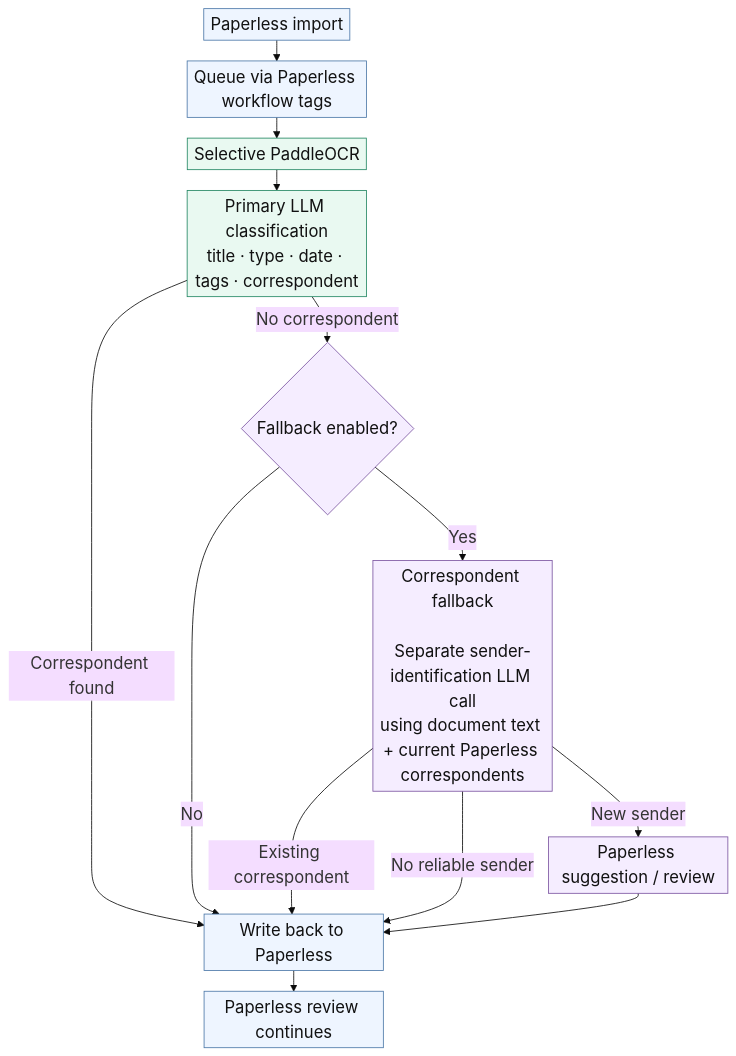
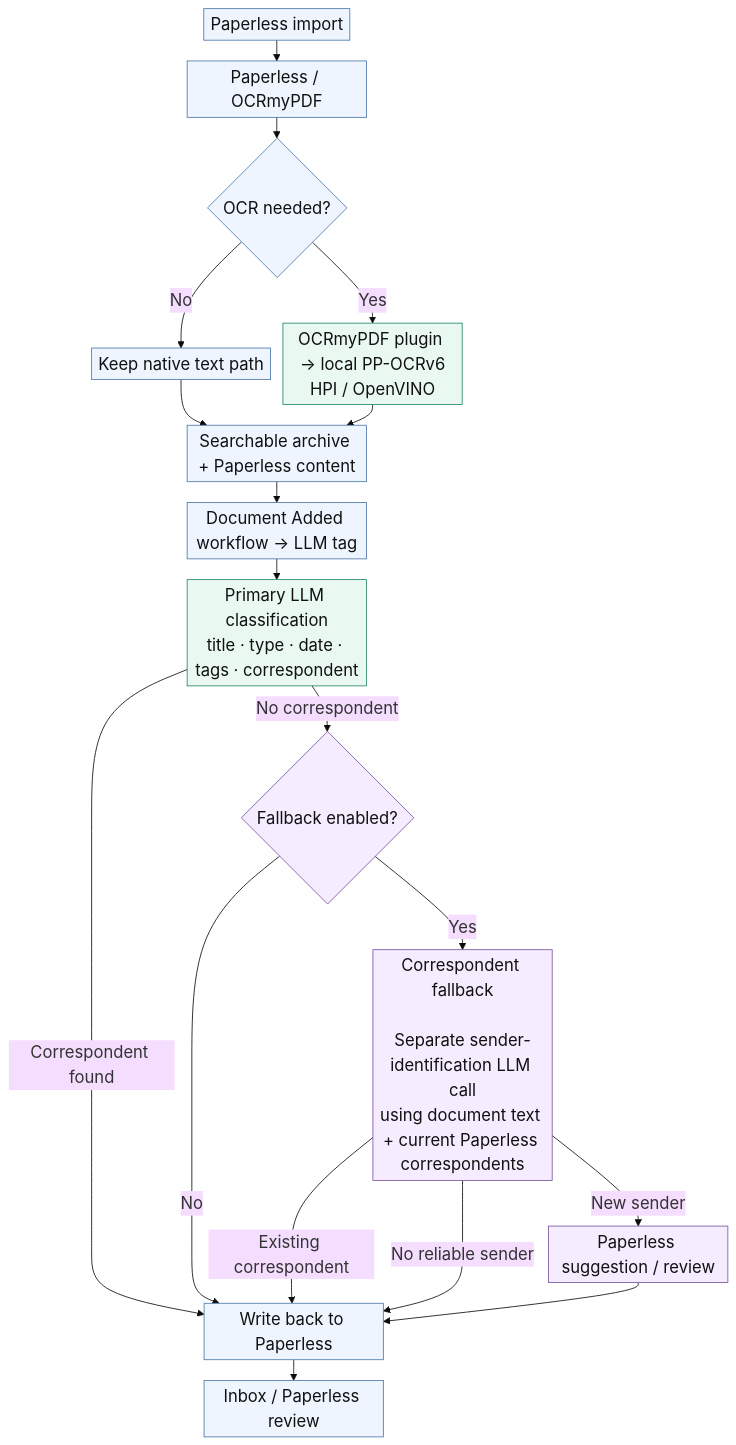
One commit to lucaperl/paperless-local-ai changed the diagram in docs/diagrams/paperless-flow.mmd. Above: the diagram before and after it, drawn with Mermaid. The commit also changed 41 other files, not shown here.

```diff
--- a/docs/diagrams/paperless-flow.mmd
+++ b/docs/diagrams/paperless-flow.mmd
@@ -1,37 +1,45 @@
 %%{init: {
   "theme": "base",
   "themeVariables": {
     "fontSize": "20px"
   },
   "flowchart": {
     "nodeSpacing": 15,
     "rankSpacing": 25,
     "padding": 4
   }
 }}%%
 
 flowchart TB
-    A["Paperless import"] --> B["Queue via Paperless workflow tags"]
-    B --> C["Selective PaddleOCR"]
-    C --> D["Primary LLM classification<br/>title · type · date · tags · correspondent"]
+    A["Paperless import"] --> B["Paperless / OCRmyPDF"]
+    B --> C{"OCR needed?"}
+
+    C -->|No| T["Keep native text path"]
+    C -->|Yes| O["OCRmyPDF plugin → local PP-OCRv6<br/>HPI / OpenVINO"]
+
+    T --> P["Searchable archive + Paperless content"]
+    O --> P
+
+    P --> Q["Document Added workflow → LLM tag"]
+    Q --> D["Primary LLM classification<br/>title · type · date · tags · correspondent"]
 
     D -->|Correspondent found| W["Write back to Paperless"]
     D -->|No correspondent| E{"Fallback enabled?"}
 
     E -->|No| W
     E -->|Yes| F["Correspondent fallback<br/><br/>Separate sender-identification LLM call<br/>using document text + current Paperless correspondents"]
 
     F -->|Existing correspondent| W
     F -->|New sender| S["Paperless suggestion / review"]
     F -->|No reliable sender| W
     S --> W
 
-    W --> R["Paperless review continues"]
+    W --> R["Inbox / Paperless review"]
 
     classDef paperless fill:#eef5ff,stroke:#4c78a8,color:#111;
     classDef local fill:#e9f9f1,stroke:#238763,color:#111;
     classDef fallback fill:#f5edff,stroke:#7b55a1,color:#111;
 
-    class A,B,W,R paperless;
-    class C,D local;
+    class A,B,C,T,P,Q,W,R paperless;
+    class O,D local;
     class E,F,S fallback;
```
